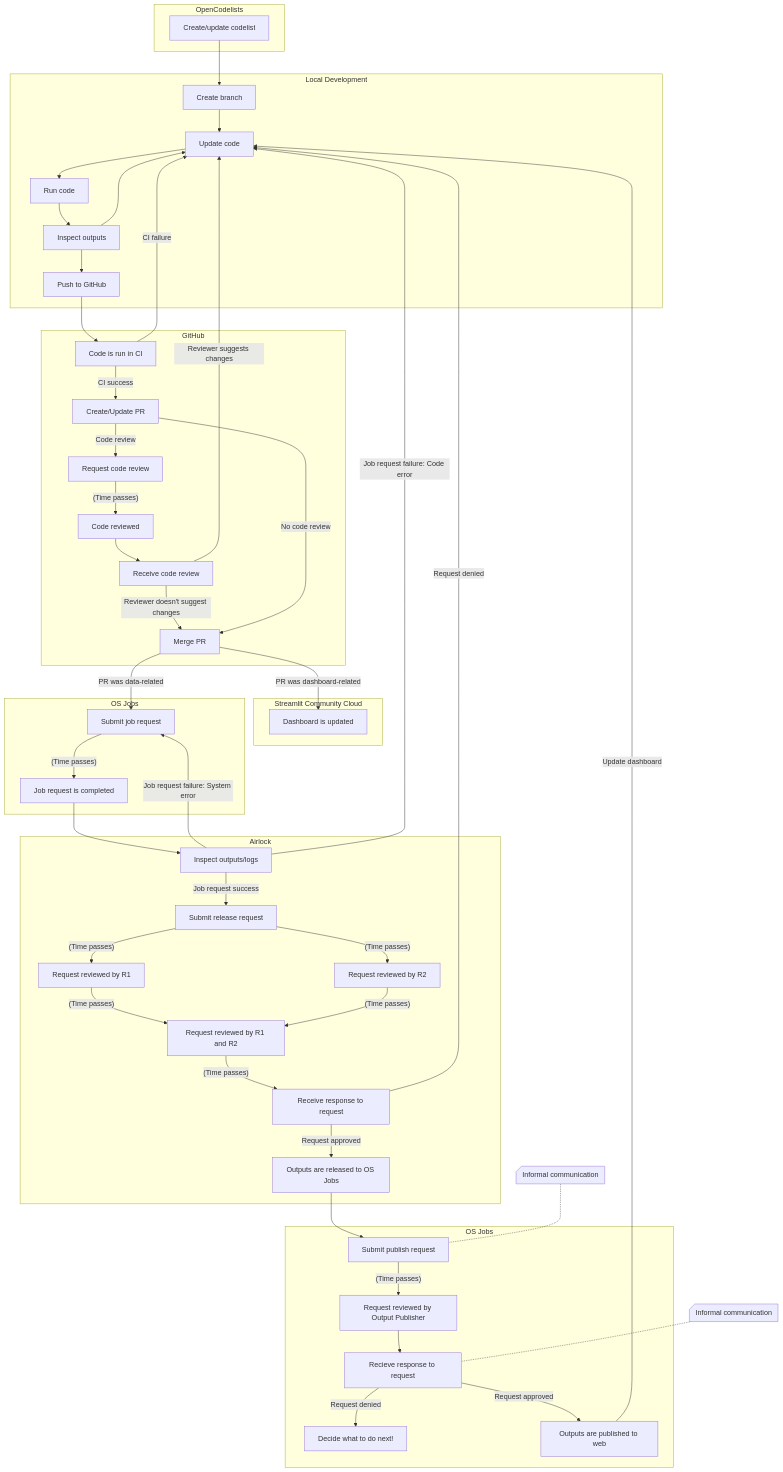
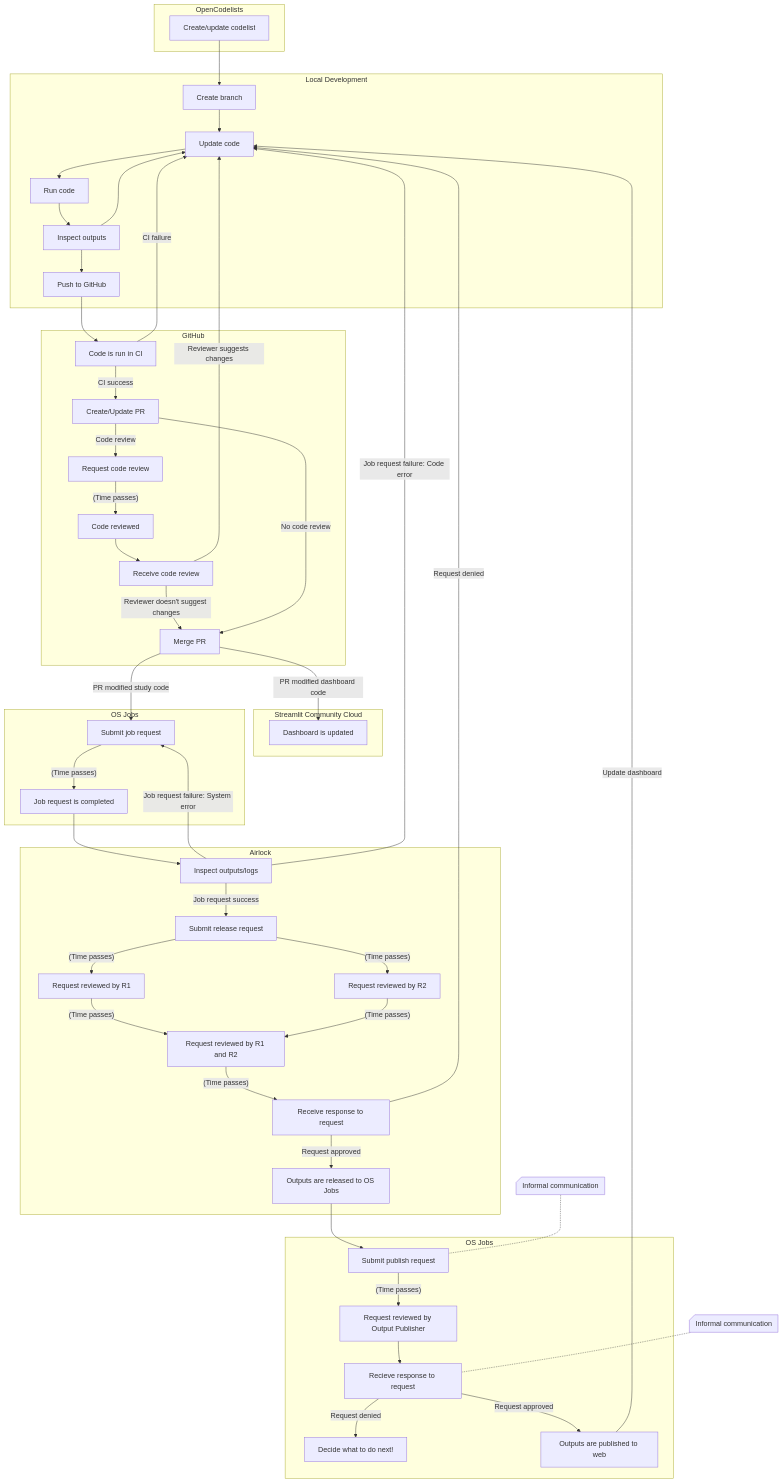
Before and after one commit to opensafely/open-pathology: the diagram in docs/walking_skeleton.md, drawn with Mermaid.

Commit message:
Modify link text
Be more explicit as to whether the PR modified dashboard code or study
code.

````diff
--- a/docs/walking_skeleton.md
+++ b/docs/walking_skeleton.md
@@ -3,56 +3,56 @@
 ```mermaid
 flowchart TD
     subgraph Local Development
     create_branch[Create branch] --> update_locally[Update code]
     update_locally --> run_locally[Run code]
     run_locally --> inspect_locally[Inspect outputs]
     inspect_locally --> update_locally
     inspect_locally --> push_to_gh[Push to GitHub]
     end
     subgraph OpenCodelists
     create_codelist[Create/update codelist] --> create_branch
     end
     subgraph GitHub
     push_to_gh --> run_ci[Code is run in CI]
     run_ci -->|CI failure| update_locally
     run_ci -->|CI success| create_pr[Create/Update PR]
     create_pr -->|Code review| request_code_review[Request code review]
     request_code_review -->|"(Time passes)"| code_reviewed[Code reviewed]
     code_reviewed --> receive_code_review[Receive code review]
     receive_code_review -->|Reviewer suggests changes| update_locally
     receive_code_review -->|Reviewer doesn't suggest changes| merge_pr[Merge PR]
     create_pr -->|No code review| merge_pr
     end
     subgraph Streamlit Community Cloud
-    merge_pr -->|PR was dashboard-related| end_1[Dashboard is updated]
+    merge_pr -->|PR modified dashboard code| end_1[Dashboard is updated]
     end
     subgraph OS Jobs
-    merge_pr -->|PR was data-related| submit_job_request[Submit job request]
+    merge_pr -->|PR modified study code| submit_job_request[Submit job request]
     submit_job_request -->|"(Time passes)"| job_request_completed[Job request is completed]
     end
     subgraph Airlock
     job_request_completed --> inspect_l4[Inspect outputs/logs]
     inspect_l4 -->|Job request failure: System error| submit_job_request
     inspect_l4 -->|Job request failure: Code error| update_locally
     inspect_l4 -->|Job request success| submit_release_request[Submit release request]
     submit_release_request -->|"(Time passes)"| reviewed_r1[Request reviewed by R1]
     submit_release_request -->|"(Time passes)"| reviewed_r2[Request reviewed by R2]
     reviewed_r1 -->|"(Time passes)"| reviewed_r1_r2[Request reviewed by R1 and R2]
     reviewed_r2 -->|"(Time passes)"| reviewed_r1_r2
     reviewed_r1_r2 -->|"(Time passes)"| receive_response[Receive response to request]
     receive_response -->|Request approved| outputs_released[Outputs are released to OS Jobs]
     receive_response -->|Request denied| update_locally
     end
     subgraph OS Jobs
     outputs_released --> submit_publish_request[Submit publish request]
     submit_publish_request -->|"(Time passes)"| reviewed_r3[Request reviewed by Output Publisher]
     reviewed_r3 --> receive_publication_response[Recieve response to request]
     receive_publication_response -->|Request denied| end_2[Decide what to do next!]
     receive_publication_response -->|Request approved| outputs_published[Outputs are published to web]
     end
     outputs_published -->|Update dashboard| update_locally
     note_1@{shape: notch-rect, label: "Informal communication"}
     note_1 -.- submit_publish_request
     note_2@{shape: notch-rect, label: "Informal communication"}
     note_2 -.- receive_publication_response
 ```
````
